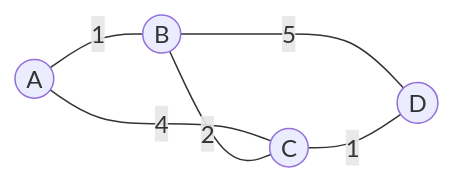
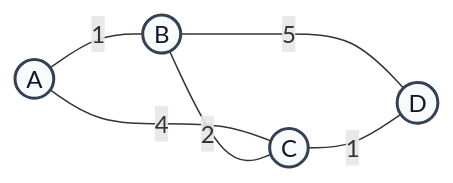
One commit to mebriki/graph-lab-py changed the first of 4 diagrams in README.md. Above: the diagram before and after it, drawn with Mermaid. The commit also changed other lines of this file, not shown here.

Commit message:
Improve README graph visualizations and highlight shortest path

````diff
--- a/README.md
+++ b/README.md
@@ -77,8 +77,11 @@
 ```mermaid
 graph LR
 	A((A)) -- "1" --- B((B))
 	A -- "4" --- C((C))
 	B -- "2" --- C
 	B -- "5" --- D((D))
 	C -- "1" --- D
+
+	classDef node fill:#f8fafc,stroke:#334155,stroke-width:2px,color:#0f172a;
+	class A,B,C,D node;
 ```
````
